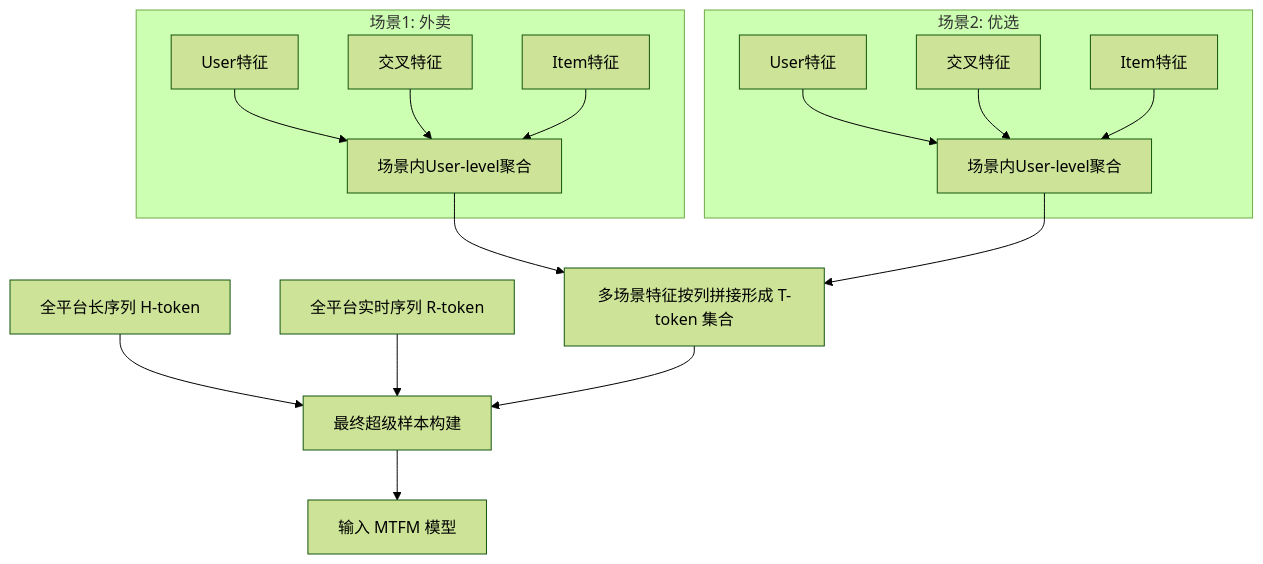
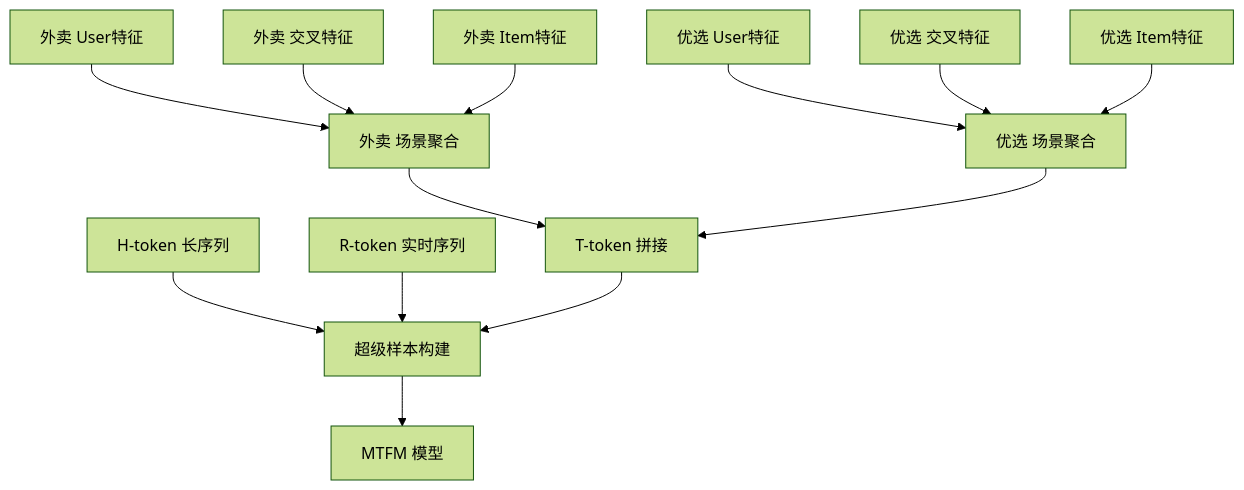
Before and after one commit to bansheng/bansheng.github.io: the diagram in content/blog/posts/010_mtfm_meituan_foundation_model/index.md, drawn with Mermaid (forest theme). The commit also changed 160 other files, not shown here.

```diff
--- a/content/blog/posts/010_mtfm_meituan_foundation_model/index.md
+++ b/content/blog/posts/010_mtfm_meituan_foundation_model/index.md
@@ -160,23 +160,8 @@
 {{< mermaid >}}
 graph TD
-    subgraph 场景1: 外卖
-        U1[User特征] --> Agg1[场景内User-level聚合]
-        C1[交叉特征] --> Agg1
-        I1[Item特征] --> Agg1
-    end
-    
-    subgraph 场景2: 优选
-        U2[User特征] --> Agg2[场景内User-level聚合]
-        C2[交叉特征] --> Agg2
-        I2[Item特征] --> Agg2
-    end
-    
-    Agg1 --> Concat[多场景特征按列拼接形成 T-token 集合]
-    Agg2 --> Concat
-    
-    H[全平台长序列 H-token] --> Merge[最终超级样本构建]
-    R[全平台实时序列 R-token] --> Merge
-    Concat --> Merge
-    
-    Merge --> MTFM[输入 MTFM 模型]
+    U1[外卖 User特征] & C1[外卖 交叉特征] & I1[外卖 Item特征] --> Agg1[外卖 场景聚合]
+    U2[优选 User特征] & C2[优选 交叉特征] & I2[优选 Item特征] --> Agg2[优选 场景聚合]
+    Agg1 & Agg2 --> Concat[T-token 拼接]
+    H[H-token 长序列] & R[R-token 实时序列] & Concat --> Merge[超级样本构建]
+    Merge --> MTFM[MTFM 模型]
 {{< /mermaid >}}
```
